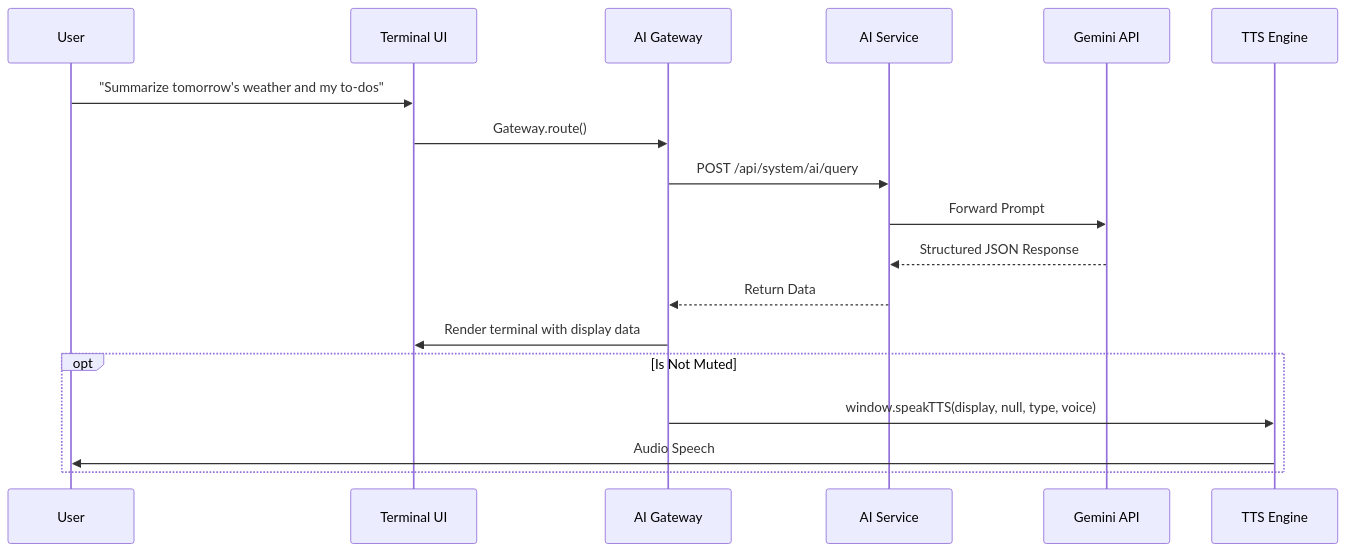
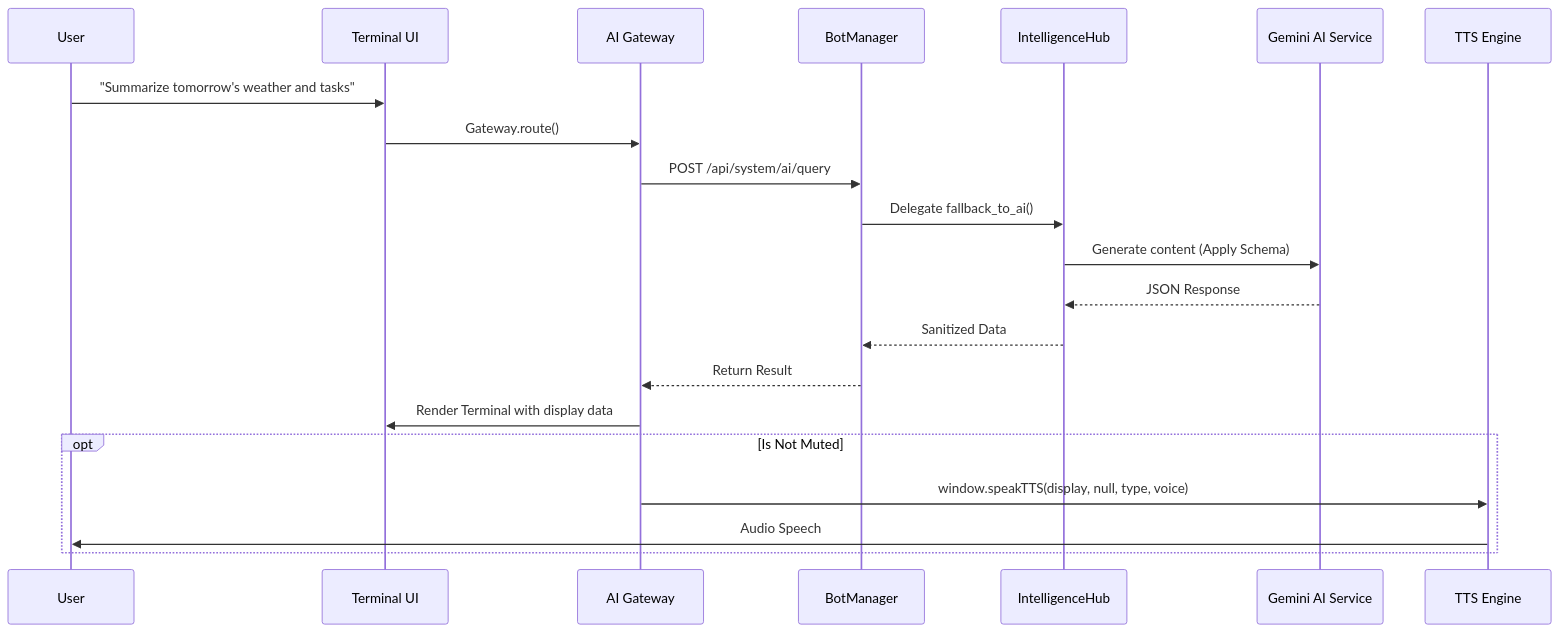
One commit to leeyj/aegis_avata changed the third of 3 diagrams in docs/ARCHITECTURE_en.md. Above: the diagram before and after it, drawn with Mermaid. The commit also changed other lines of this file and 221 other files, not shown here.

````diff
--- a/docs/ARCHITECTURE_en.md
+++ b/docs/ARCHITECTURE_en.md
@@ -172,26 +177,28 @@
 ```mermaid
 sequenceDiagram
     participant User as User
     participant Term as Terminal UI
     participant GW as AI Gateway
-    participant Backend as AI Service
-    participant Gemini as Gemini API
+    participant BotMgr as BotManager
+    participant Intel as IntelligenceHub
+    participant Gemini as Gemini AI Service
     participant TTS as TTS Engine
     
-    User->>Term: "Summarize tomorrow's weather and my to-dos"
+    User->>Term: "Summarize tomorrow's weather and tasks"
     Term->>GW: Gateway.route()
     
-    GW->>Backend: POST /api/system/ai/query
+    GW->>BotMgr: POST /api/system/ai/query
+    BotMgr->>Intel: Delegate fallback_to_ai()
+    Intel->>Gemini: Generate content (Apply Schema)
+    Gemini-->>Intel: JSON Response
+    Intel-->>BotMgr: Sanitized Data
     
-    Backend->>Gemini: Forward Prompt
-    Gemini-->>Backend: Structured JSON Response
+    BotMgr-->>GW: Return Result
     
-    Backend-->>GW: Return Data
-    
-    GW->>Term: Render terminal with display data
+    GW->>Term: Render Terminal with display data
     
     opt Is Not Muted
     GW->>TTS: window.speakTTS(display, null, type, voice)
     TTS->>User: Audio Speech
     end
 ```
````
